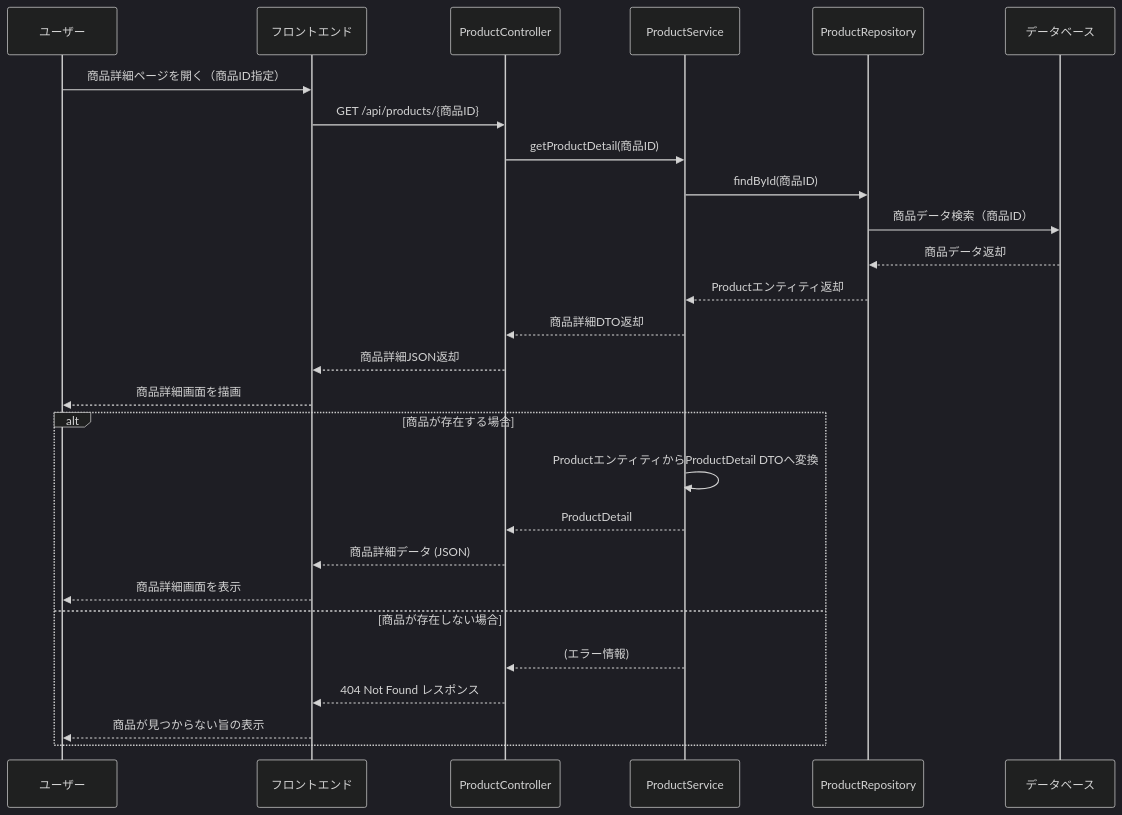
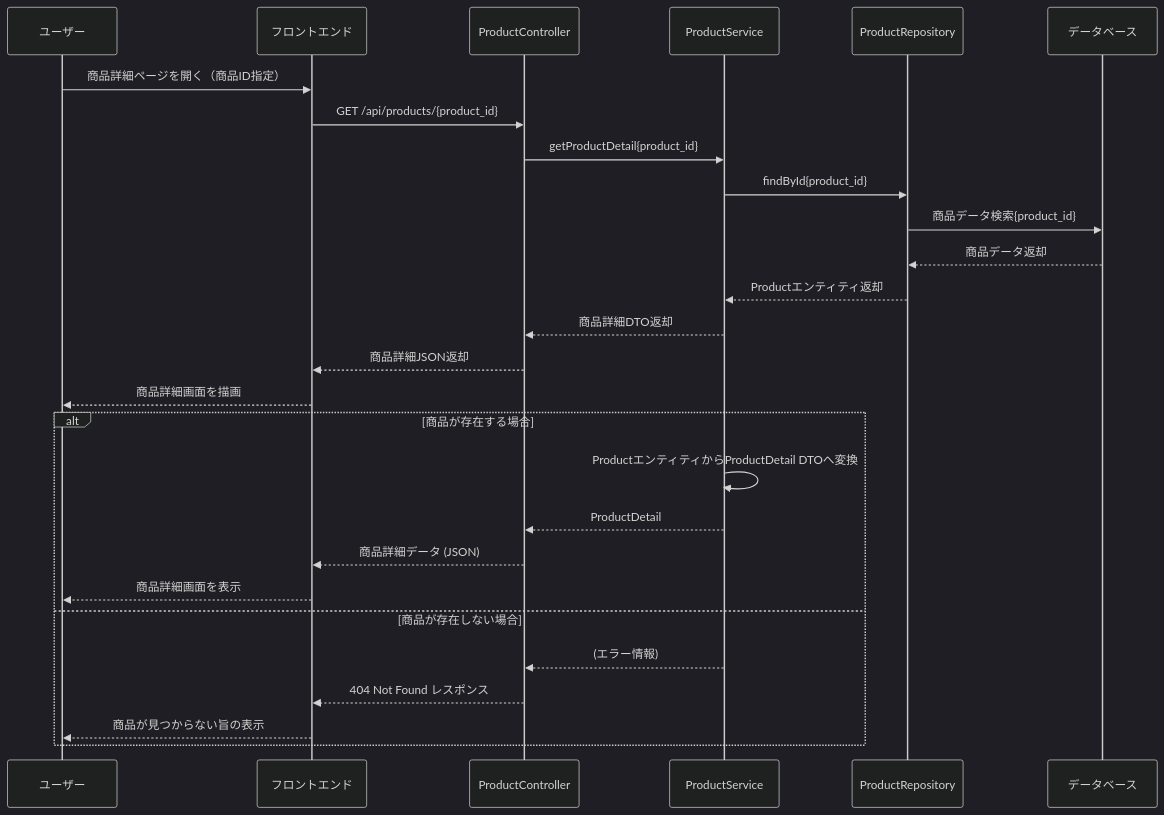
One commit to Aoi-Yaegashi/teamF changed the third of 29 diagrams in 詳細設計/担当B_村田/3.2 機能詳細.md. Above: the diagram before and after it, drawn with Mermaid (dark theme). The commit also changed other lines of this file and 1 other file, not shown here.

Commit message:
シーケンス図アップデート

```diff
--- a/詳細設計/担当B_村田/3.2 機能詳細.md
+++ b/詳細設計/担当B_村田/3.2 機能詳細.md
@@ -35,30 +71,30 @@
    <div class="mermaid">
 sequenceDiagram
     participant User as ユーザー
     participant Browser as フロントエンド
     participant Controller as ProductController
     participant Service as ProductService
     participant Repo as ProductRepository
     participant DB as データベース
 
     User->>Browser: 商品詳細ページを開く（商品ID指定）
-    Browser->>Controller: GET /api/products/{商品ID}
-    Controller->>Service: getProductDetail(商品ID)
-    Service->>Repo: findById(商品ID)
-    Repo->>DB: 商品データ検索（商品ID）
+    Browser->>Controller: GET /api/products/{product_id}
+    Controller->>Service: getProductDetail{product_id}
+    Service->>Repo: findById{product_id}
+    Repo->>DB: 商品データ検索{product_id}
     DB-->>Repo: 商品データ返却
     Repo-->>Service: Productエンティティ返却
     Service-->>Controller: 商品詳細DTO返却
     Controller-->>Browser: 商品詳細JSON返却
     Browser-->>User: 商品詳細画面を描画
     alt 商品が存在する場合
         Service->>Service: ProductエンティティからProductDetail DTOへ変換
         Service-->>Controller: ProductDetail
         Controller-->>Browser: 商品詳細データ (JSON)
         Browser-->>User: 商品詳細画面を表示
     else 商品が存在しない場合
         Service-->>Controller: (エラー情報)
         Controller-->>Browser: 404 Not Found レスポンス
         Browser-->>User: 商品が見つからない旨の表示
     end
 </div>
```
